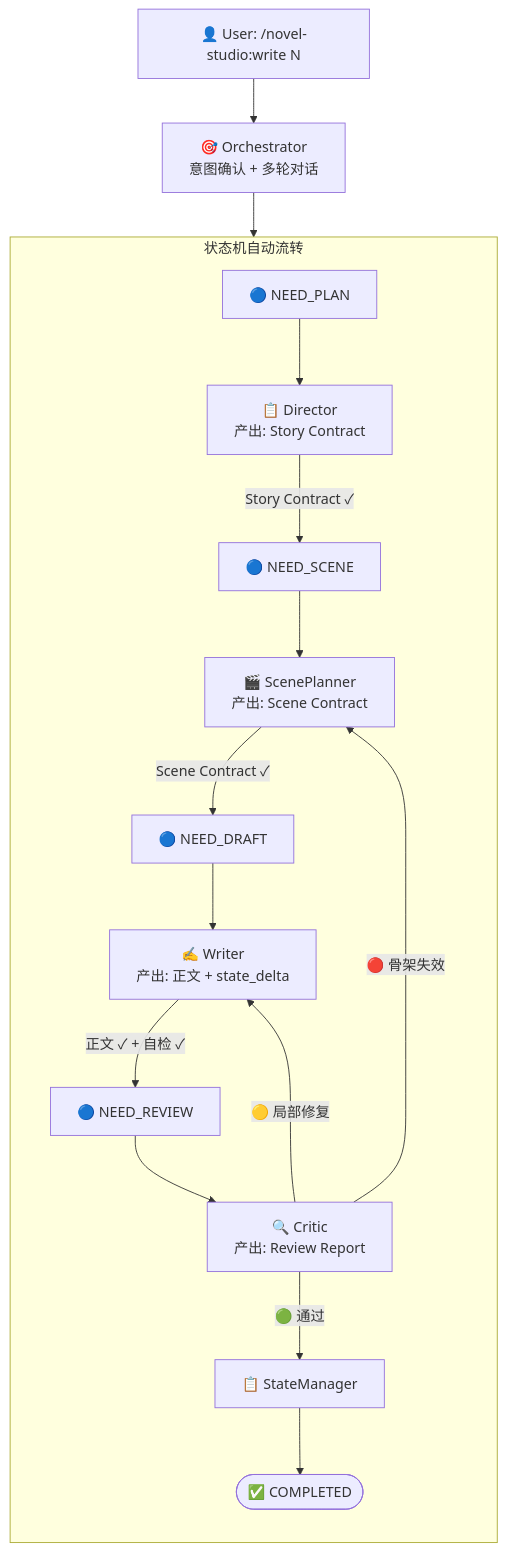
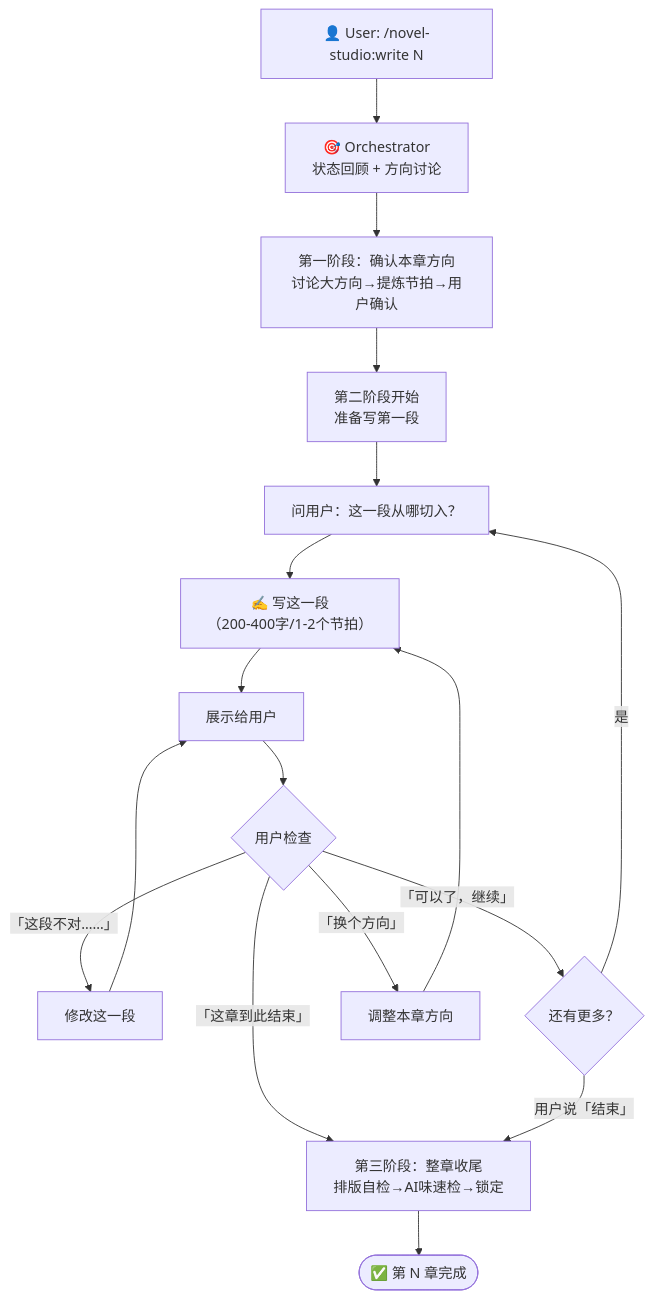
The diagram in workflows/write-chapter.md (deathwhispers/novel-studio), drawn with Mermaid before and after one commit. The commit also changed other lines of this file and 1 other file, not shown here.

````diff
--- a/workflows/write-chapter.md
+++ b/workflows/write-chapter.md
@@ -11,36 +11,31 @@
 ```mermaid
 flowchart TD
     User["👤 User: /novel-studio:write N"]
-    Orchestrator["🎯 Orchestrator<br/>意图确认 + 多轮对话"]
+    Orchestrator["🎯 Orchestrator<br/>状态回顾 + 方向讨论"]
 
     User --> Orchestrator
 
-    subgraph AutoFlow["状态机自动流转"]
-        direction TB
+    Orchestrator --> Phase1["第一阶段：确认本章方向<br/>讨论大方向→提炼节拍→用户确认"]
 
-        NEED_PLAN["🔵 NEED_PLAN"]
-        Director["📋 Director<br/>产出: Story Contract"]
-        NEED_SCENE["🔵 NEED_SCENE"]
-        ScenePlanner["🎬 ScenePlanner<br/>产出: Scene Contract"]
-        NEED_DRAFT["🔵 NEED_DRAFT"]
-        Writer["✍️ Writer<br/>产出: 正文 + state_delta"]
-        NEED_REVIEW["🔵 NEED_REVIEW"]
-        Critic["🔍 Critic<br/>产出: Review Report"]
-        StateManager["📋 StateManager"]
-        Completed(["✅ COMPLETED"])
+    Phase1 --> Phase2Start["第二阶段开始<br/>准备写第一段"]
 
-        NEED_PLAN --> Director
-        Director -->|"Story Contract ✓"| NEED_SCENE
-        NEED_SCENE --> ScenePlanner
-        ScenePlanner -->|"Scene Contract ✓"| NEED_DRAFT
-        NEED_DRAFT --> Writer
-        Writer -->|"正文 ✓ + 自检 ✓"| NEED_REVIEW
-        NEED_REVIEW --> Critic
-        Critic -->|"🟢 通过"| StateManager
-        StateManager --> Completed
-        Critic -->|"🟡 局部修复"| Writer
-        Critic -->|"🔴 骨架失效"| ScenePlanner
-    end
+    Phase2Start --> AskUser["问用户：这一段从哪切入？"]
 
-    Orchestrator --> NEED_PLAN
+    AskUser --> WriteSegment["✍️ 写这一段<br/>（200-400字/1-2个节拍）"]
+    WriteSegment --> ShowUser["展示给用户"]
+
+    ShowUser --> UserCheck{"用户检查"}
+    UserCheck -->|"「这段不对……」"| FixSegment["修改这一段"]
+    FixSegment --> ShowUser
+    UserCheck -->|"「可以了，继续」"| MoreSegments{"还有更多？"}
+    UserCheck -->|"「换个方向」"| AdjustDirection["调整本章方向"]
+    AdjustDirection --> WriteSegment
+    UserCheck -->|"「这章到此结束」"| Phase3
+
+    MoreSegments -->|"是"| AskUser
+    MoreSegments -->|"用户说「结束」"| Phase3
+
+    Phase3["第三阶段：整章收尾<br/>排版自检→AI味速检→锁定"]
+
+    Phase3 --> Done(["✅ 第 N 章完成"])
 ```
````
